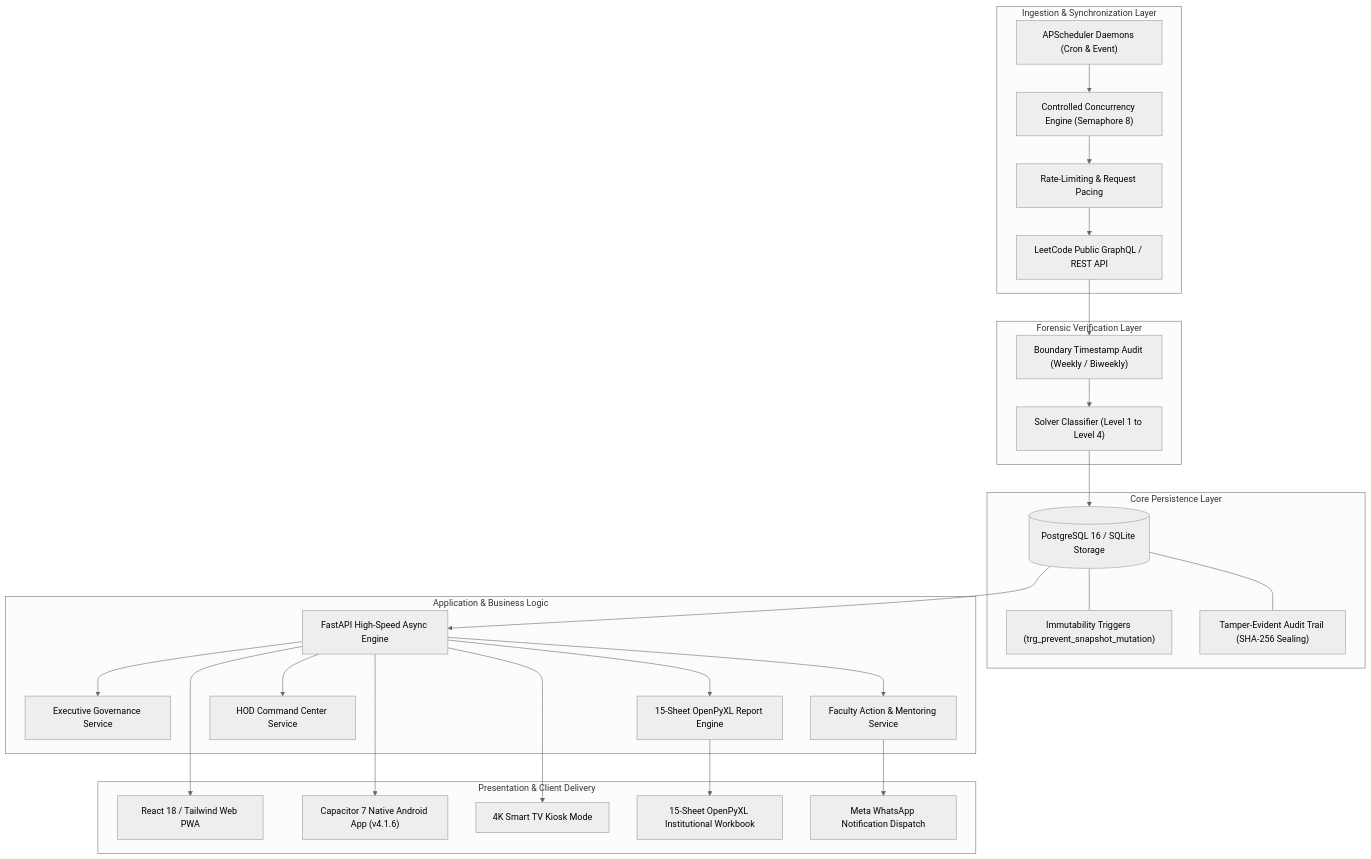
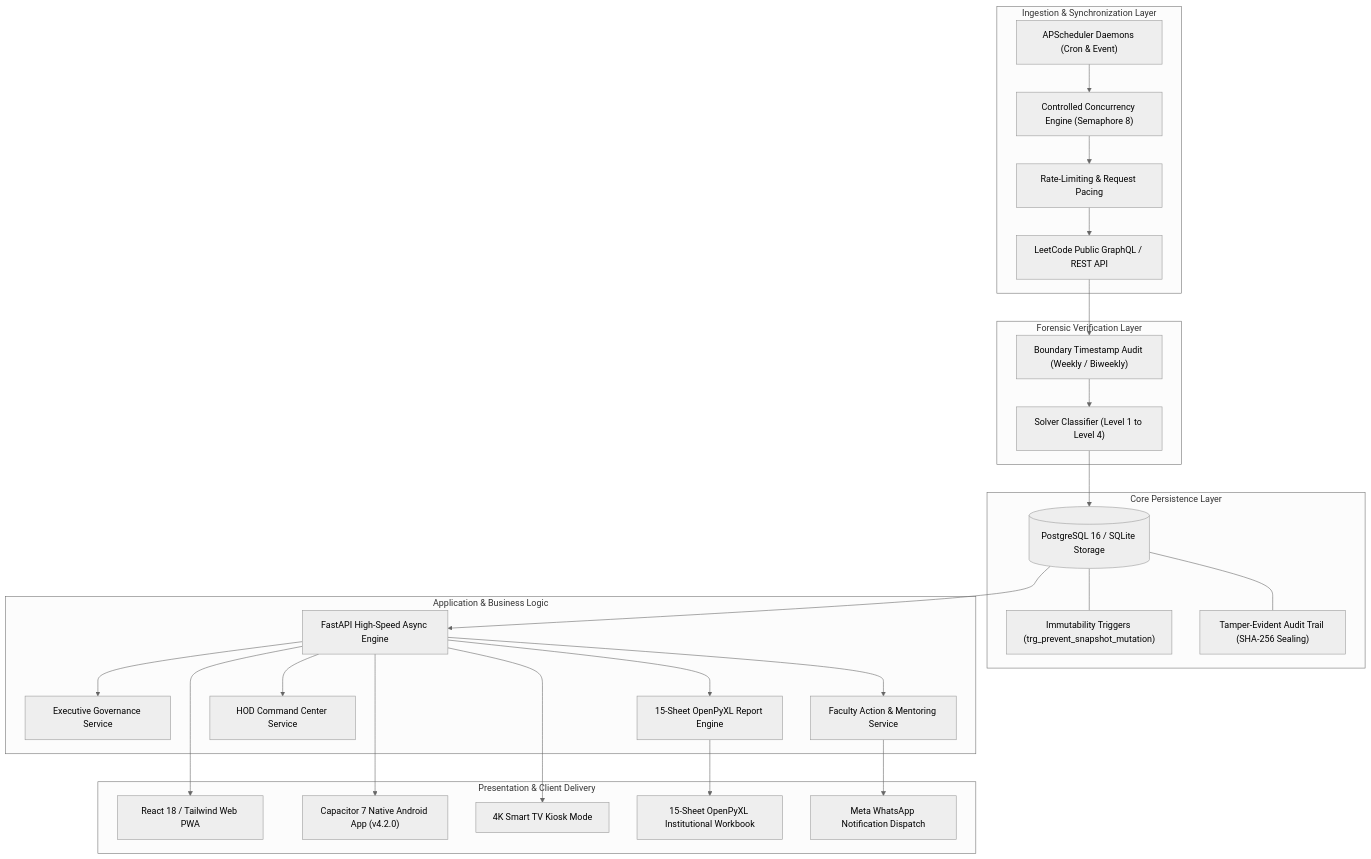
One commit to nanthishvaran17/Leetcodeurl-s changed the diagram in README.md. Above: the diagram before and after it, drawn with Mermaid (neutral theme). The commit also changed other lines of this file and 2 other files, not shown here.

````diff
--- a/README.md
+++ b/README.md
@@ -184,54 +184,54 @@
 ```mermaid
 flowchart TD
     subgraph Ingestion ["Ingestion & Synchronization Layer"]
         LC["LeetCode Public GraphQL / REST API"]
         DYN["Controlled Concurrency Engine (Semaphore 8)"]
         RATE["Rate-Limiting & Request Pacing"]
         SCHED["APScheduler Daemons (Cron & Event)"]
         SCHED --> DYN
         DYN --> RATE
         RATE --> LC
     end
 
     subgraph Verification ["Forensic Verification Layer"]
         TIME["Boundary Timestamp Audit (Weekly / Biweekly)"]
         CLASS["Solver Classifier (Level 1 to Level 4)"]
         LC --> TIME
         TIME --> CLASS
     end
 
     subgraph Storage ["Core Persistence Layer"]
         DB[("PostgreSQL 16 / SQLite Storage")]
         TRIG["Immutability Triggers (trg_prevent_snapshot_mutation)"]
         AUDIT["Tamper-Evident Audit Trail (SHA-256 Sealing)"]
         CLASS --> DB
         DB --- TRIG
         DB --- AUDIT
     end
 
     subgraph Services ["Application & Business Logic"]
         API["FastAPI High-Speed Async Engine"]
         MGT["Executive Governance Service"]
         FAC["Faculty Action & Mentoring Service"]
         HOD["HOD Command Center Service"]
         REP["15-Sheet OpenPyXL Report Engine"]
         DB --> API
         API --> MGT
         API --> FAC
         API --> HOD
         API --> REP
     end
 
     subgraph Presentation ["Presentation & Client Delivery"]
         WEB["React 18 / Tailwind Web PWA"]
-        APK["Capacitor 7 Native Android App (v4.1.6)"]
+        APK["Capacitor 7 Native Android App (v4.2.0)"]
         KIOSK["4K Smart TV Kiosk Mode"]
         EXCEL["15-Sheet OpenPyXL Institutional Workbook"]
         WA["Meta WhatsApp Notification Dispatch"]
         API --> WEB
         API --> APK
         API --> KIOSK
         REP --> EXCEL
         FAC --> WA
     end
 ```
````
